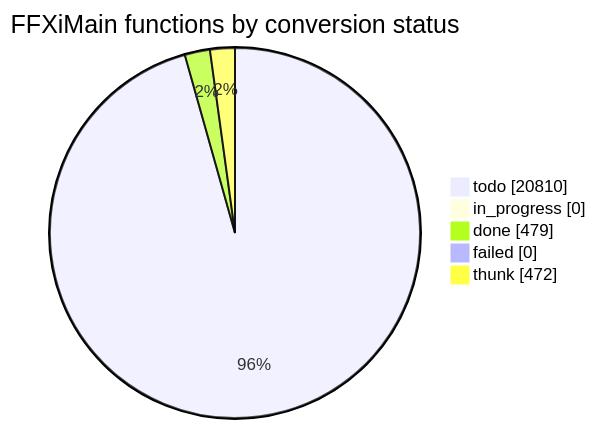
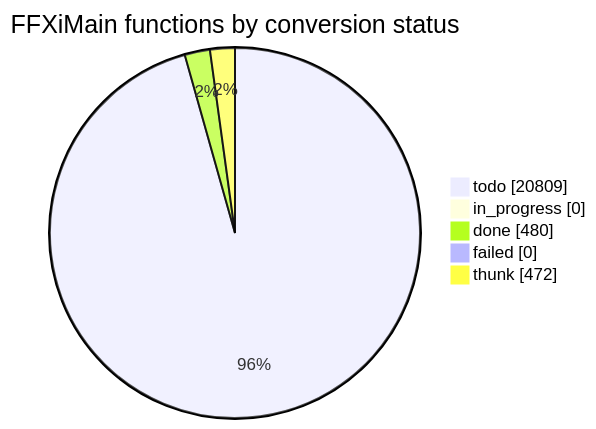
One commit to cowrevenge/cow_kuluu_xi_anything changed the diagram in docs/cow/STATUS.md. Above: the diagram before and after it, drawn with Mermaid. The commit also changed other lines of this file and 9 other files, not shown here.

````diff
--- a/docs/cow/STATUS.md
+++ b/docs/cow/STATUS.md
@@ -18,9 +18,9 @@
 ```mermaid
 pie showData
     title FFXiMain functions by conversion status
-    "todo" : 20810
+    "todo" : 20809
     "in_progress" : 0
-    "done" : 479
+    "done" : 480
     "failed" : 0
     "thunk" : 472
 ```
````
